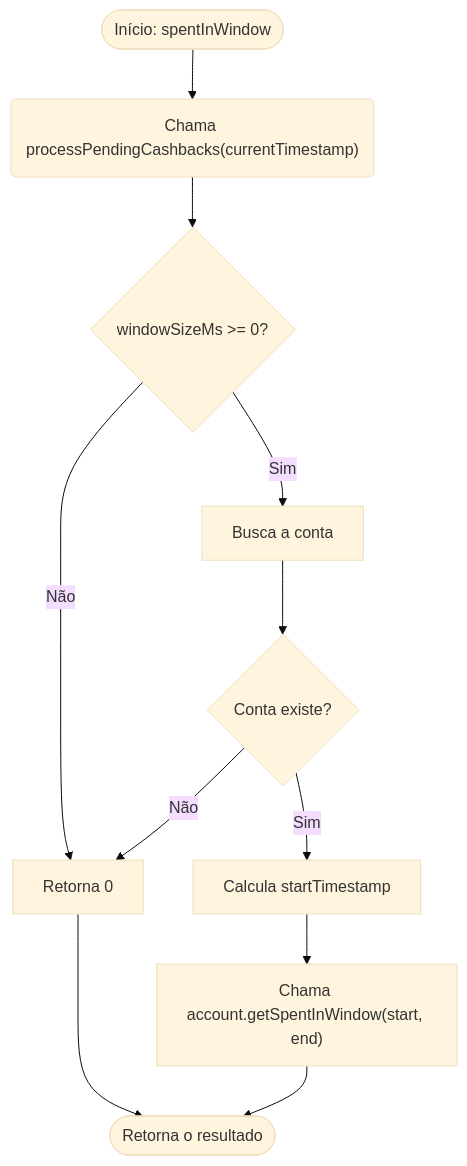
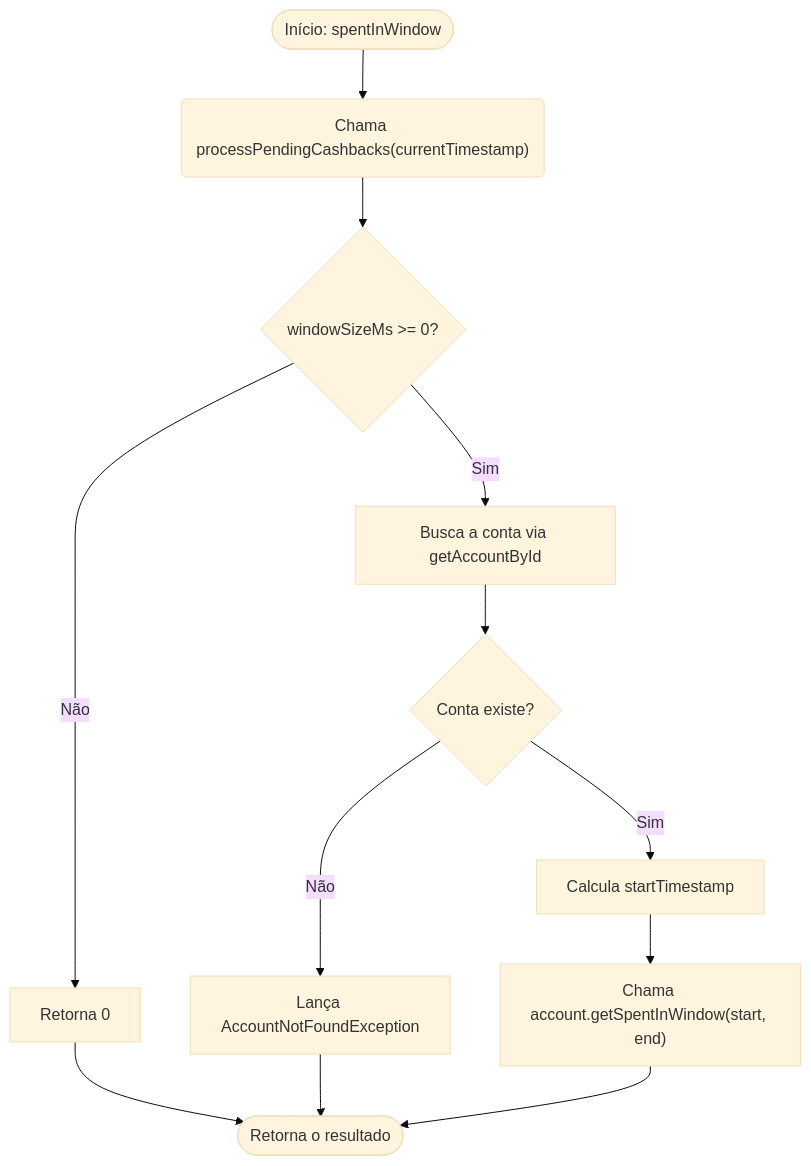
The third of 3 diagrams in doc/architecture/mermaid_level_3.md (guiassys/nubank-training), drawn with Mermaid (base theme) before and after one commit. The commit also changed other lines of this file and 3 other files, not shown here.

Commit message:
fix: add exceptions in mermaid diagrans

````diff
--- a/doc/architecture/mermaid_level_3.md
+++ b/doc/architecture/mermaid_level_3.md
@@ -68,17 +68,18 @@
 ```mermaid
 flowchart TD
     Start([Início: spentInWindow]) --> ProcessCashbacks("Chama processPendingCashbacks(currentTimestamp)")
     
     ProcessCashbacks --> ValidateWindow{windowSizeMs >= 0?}
     ValidateWindow -- Não --> ReturnZero[Retorna 0]
     
-    ValidateWindow -- Sim --> GetAccount[Busca a conta]
+    ValidateWindow -- Sim --> GetAccount[Busca a conta via getAccountById]
     GetAccount --> CheckAccount{Conta existe?}
-    CheckAccount -- Não --> ReturnZero
+    CheckAccount -- Não --> ThrowNotFound[Lança AccountNotFoundException]
     
     CheckAccount -- Sim --> CalcStart[Calcula startTimestamp]
     CalcStart --> CallSpentInWindow["Chama account.getSpentInWindow(start, end)"]
     CallSpentInWindow --> End([Retorna o resultado])
     
     ReturnZero --> End
+    ThrowNotFound --> End
 ```
````
